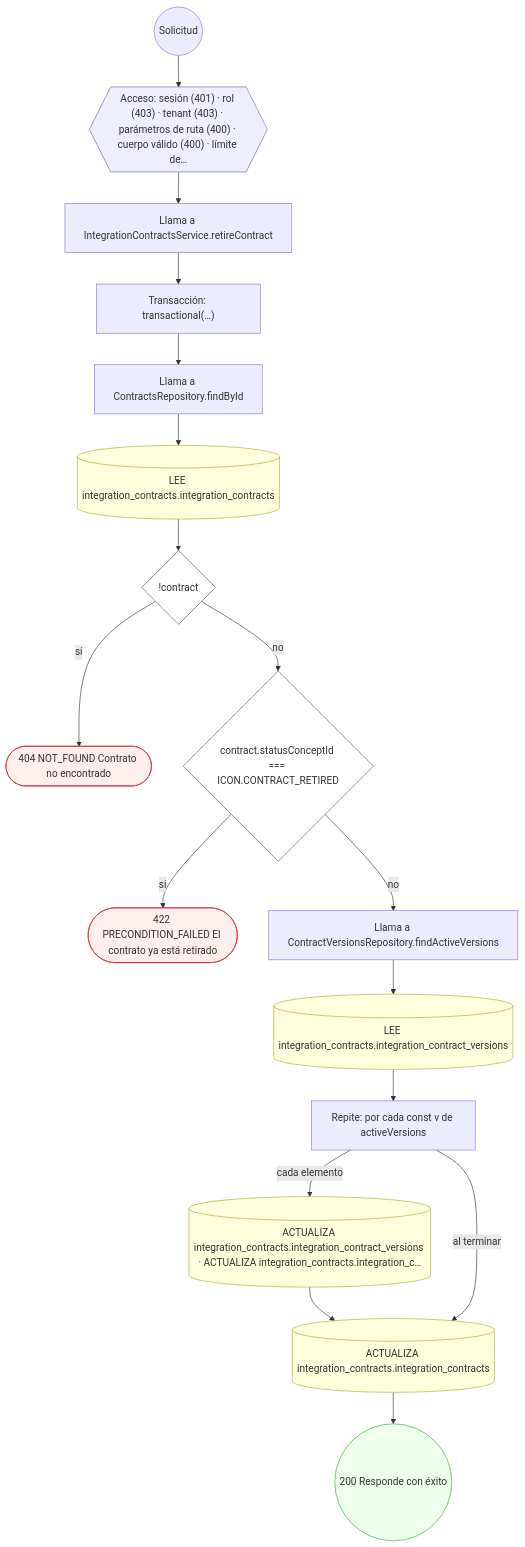
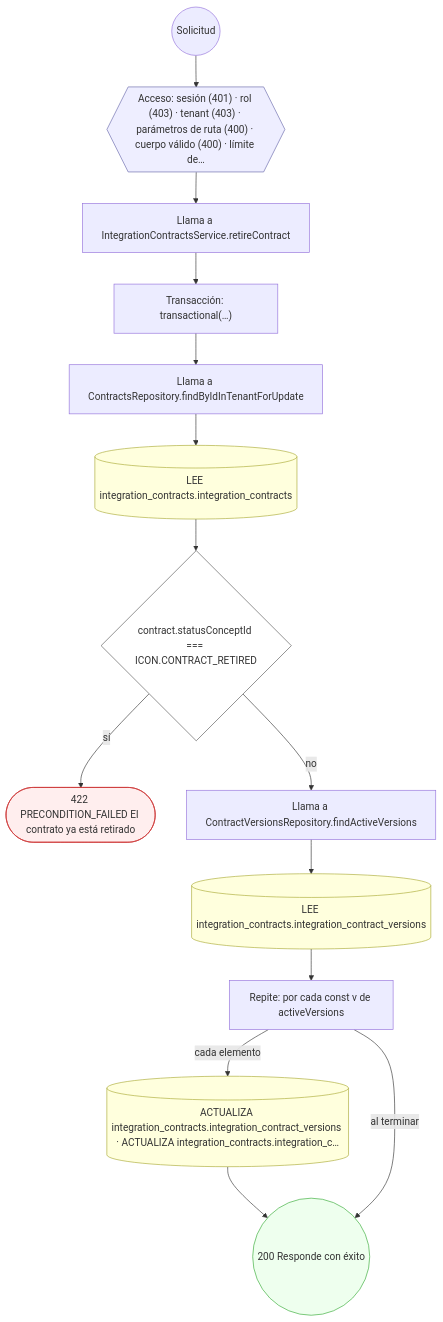
Before and after one commit to mdavila-2001/mantra-core-health-api: the sixth of 12 diagrams in docs/inventario/flujos/integration_contracts.md, drawn with Mermaid. The commit also changed other lines of this file and 438 other files, not shown here.

````diff
--- a/docs/inventario/flujos/integration_contracts.md
+++ b/docs/inventario/flujos/integration_contracts.md
@@ -454,41 +432,35 @@
 ```mermaid
 flowchart TD
   n1(("Solicitud")):::inicio
   n2{{"Acceso: sesión (401) · rol (403) · tenant (403) · parámetros de ruta (400) · cuerpo válido (400) · límite de…"}}:::acceso
   n1 --> n2
   n3["Llama a IntegrationContractsService.retireContract"]:::llamada
   n2 --> n3
   n4["Transacción: transactional(…)"]:::transaccion
   n3 --> n4
-  n5["Llama a ContractsRepository.findById"]:::llamada
+  n5["Llama a ContractsRepository.findByIdInTenantForUpdate"]:::llamada
   n4 --> n5
   n6[("LEE integration_contracts.integration_contracts")]:::efecto
   n5 --> n6
-  n7{"!contract"}:::decision
+  n7{"contract.statusConceptId === ICON.CONTRACT_RETIRED"}:::decision
   n6 --> n7
-  n8(["404 NOT_FOUND Contrato no encontrado"]):::error
+  n8(["422 PRECONDITION_FAILED El contrato ya está retirado"]):::error
   n7 -->|"sí"| n8
-  n9{"contract.statusConceptId === ICON.CONTRACT_RETIRED"}:::decision
+  n9["Llama a ContractVersionsRepository.findActiveVersions"]:::llamada
   n7 -->|"no"| n9
-  n10(["422 PRECONDITION_FAILED El contrato ya está retirado"]):::error
-  n9 -->|"sí"| n10
-  n11["Llama a ContractVersionsRepository.findActiveVersions"]:::llamada
-  n9 -->|"no"| n11
-  n12[("LEE integration_contracts.integration_contract_versions")]:::efecto
-  n11 --> n12
-  n13["Repite: por cada const v de activeVersions"]:::bucle
+  n10[("LEE integration_contracts.integration_contract_versions")]:::efecto
+  n9 --> n10
+  n11["Repite: por cada const v de activeVersions"]:::bucle
+  n10 --> n11
+  n12[("ACTUALIZA integration_contracts.integration_contract_versions · ACTUALIZA integration_contracts.integration_c…")]:::efecto
+  n11 -->|"cada elemento"| n12
+  n13(("200 Responde con éxito")):::ok
   n12 --> n13
-  n14[("ACTUALIZA integration_contracts.integration_contract_versions · ACTUALIZA integration_contracts.integration_c…")]:::efecto
-  n13 -->|"cada elemento"| n14
-  n15[("ACTUALIZA integration_contracts.integration_contracts")]:::efecto
-  n14 --> n15
-  n13 -->|"al terminar"| n15
-  n16(("200 Responde con éxito")):::ok
-  n15 --> n16
+  n11 -->|"al terminar"| n13
   classDef acceso fill:#eef,stroke:#66a
   classDef error fill:#fee,stroke:#c33
   classDef ok fill:#efe,stroke:#3a3
   classDef efecto fill:#ffd,stroke:#aa3
   classDef decision fill:#fff,stroke:#555
   classDef corte fill:#eee,stroke:#999,stroke-dasharray: 4
 ```
````
